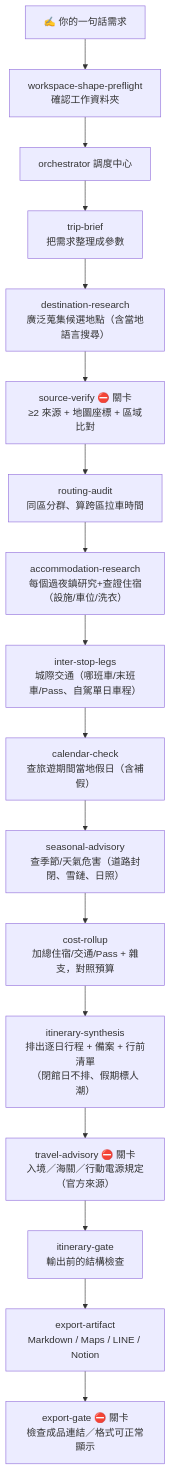
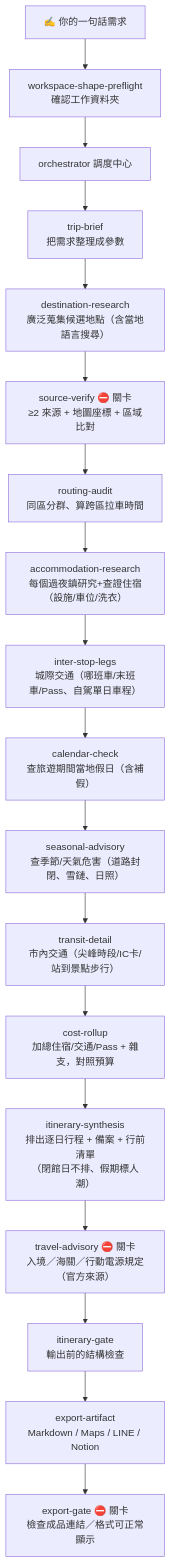
Before and after one commit to helping-ai-workflow/tripwork: the diagram in README.md, drawn with Mermaid. The commit also changed other lines of this file, not shown here.

Commit message:
docs(readme): add transit-detail to pipeline, pain/§3 rows

````diff
--- a/README.md
+++ b/README.md
@@ -99,20 +100,21 @@
 ```mermaid
 flowchart TB
     P["✍️ 你的一句話需求"]
     P --> WSP["workspace-shape-preflight<br/>確認工作資料夾"]
     WSP --> ORC["orchestrator 調度中心"]
     ORC --> TB["trip-brief<br/>把需求整理成參數"]
     TB --> DR["destination-research<br/>廣泛蒐集候選地點（含當地語言搜尋）"]
     DR --> SV["source-verify ⛔ 關卡<br/>≥2 來源 + 地圖座標 + 區域比對"]
     SV --> RA["routing-audit<br/>同區分群、算跨區拉車時間"]
     RA --> ACC["accommodation-research<br/>每個過夜鎮研究+查證住宿（設施/車位/洗衣）"]
     ACC --> LEG["inter-stop-legs<br/>城際交通（哪班車/末班車/Pass、自駕單日車程）"]
     LEG --> CAL["calendar-check<br/>查旅遊期間當地假日（含補假）"]
     CAL --> SEA["seasonal-advisory<br/>查季節/天氣危害（道路封閉、雪鏈、日照）"]
-    SEA --> COST["cost-rollup<br/>加總住宿/交通/Pass + 雜支，對照預算"]
+    SEA --> TRN["transit-detail<br/>市內交通（尖峰時段/IC卡/站到景點步行）"]
+    TRN --> COST["cost-rollup<br/>加總住宿/交通/Pass + 雜支，對照預算"]
     COST --> SYN["itinerary-synthesis<br/>排出逐日行程 + 備案 + 行前清單<br/>（閉館日不排、假期標人潮）"]
     SYN --> ADV["travel-advisory ⛔ 關卡<br/>入境／海關／行動電源規定（官方來源）"]
     ADV --> GATE["itinerary-gate<br/>輸出前的結構檢查"]
     GATE --> EXP["export-artifact<br/>Markdown / Maps / LINE / Notion"]
     EXP --> EGATE["export-gate ⛔ 關卡<br/>檢查成品連結／格式可正常顯示"]
 ```
````
